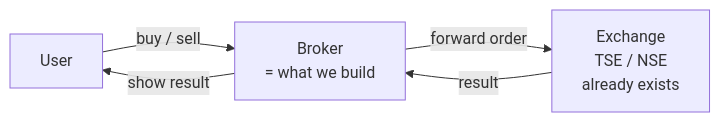
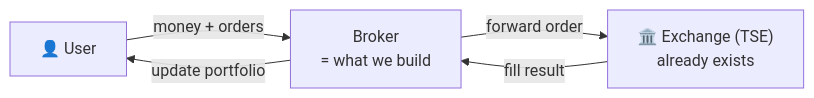
Before and after one commit to someshsangwan/SDE-Vault: the first of 8 diagrams in 11_Paypay_Interview/PayPay_Securities_Design_HLD_LLD.md, drawn with Mermaid. The commit also changed other lines of this file, not shown here.

Commit message:
added more things in HLD of broker application

````diff
--- a/11_Paypay_Interview/PayPay_Securities_Design_HLD_LLD.md
+++ b/11_Paypay_Interview/PayPay_Securities_Design_HLD_LLD.md
@@ -25,7 +21,7 @@
 ```mermaid
 flowchart LR
-    U[User] -->|buy / sell| B[Broker<br/>= what we build]
-    B -->|forward order| E[Exchange<br/>TSE / NSE<br/>already exists]
-    E -->|result| B
-    B -->|show result| U
+    U["👤 User"] -->|money + orders| B["Broker<br/>= what we build"]
+    B -->|forward order| E["🏛️ Exchange (TSE)<br/>already exists"]
+    E -->|fill result| B
+    B -->|update portfolio| U
 ```
````
